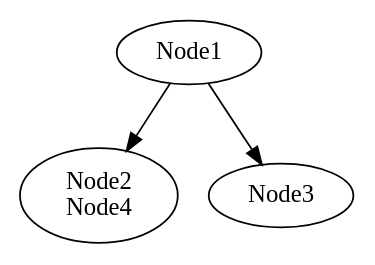
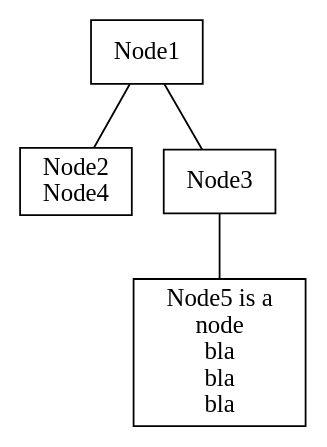
Before and after one commit to iqbal1987/pykm-tool: the diagram in test-output/firstGraph.gv, drawn with Graphviz. The commit also changed 6 other files, not shown here.

```diff
--- a/test-output/firstGraph.gv
+++ b/test-output/firstGraph.gv
@@ -1,9 +1,17 @@
 // Node Graph
 digraph {
+	node [shape=box]
+	edge [arrowhead=none dir=none tailhead=none]
 	1 [label=Node1]
 	2 [label="Node2
 Node4"]
 	3 [label=Node3]
+	4 [label="Node5 is a 
+node
+ bla
+bla
+bla"]
 	1 -> 2
 	1 -> 3
+	3 -> 4
 }
```
